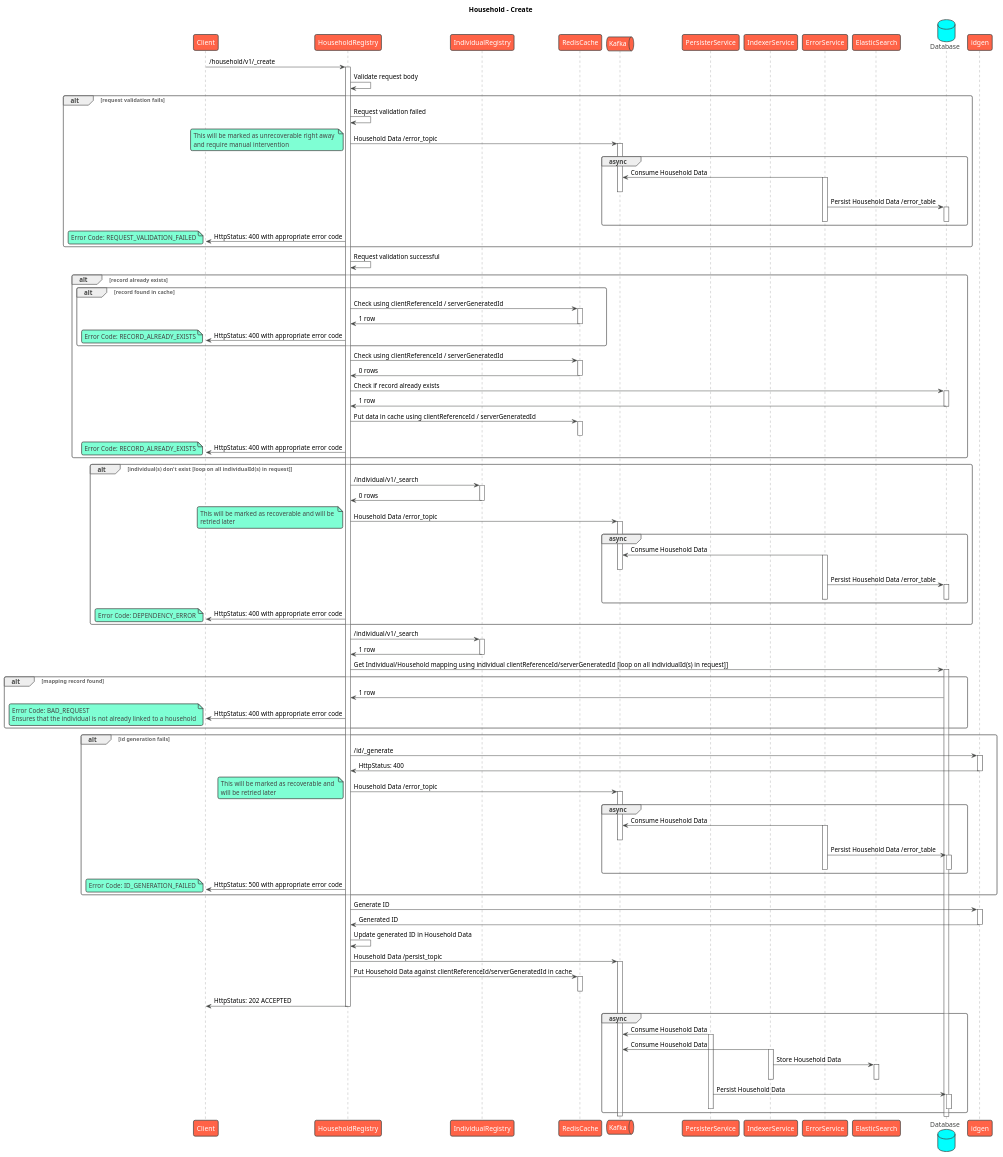
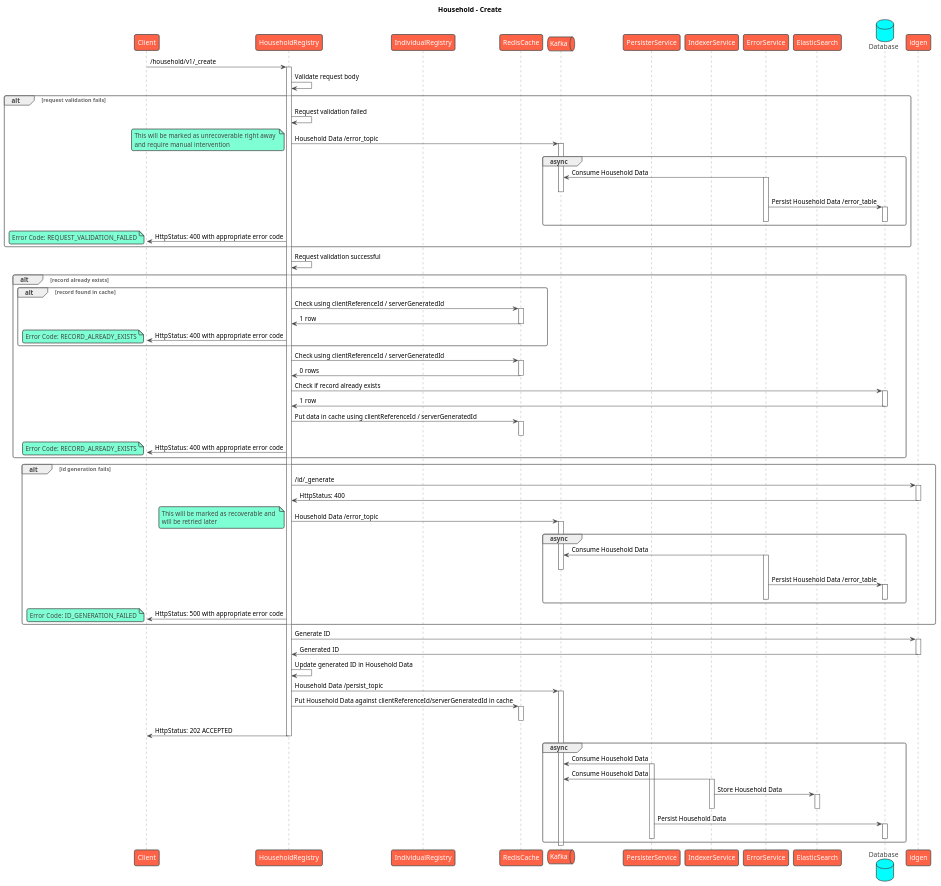
The diagram in contracts/registries/household/sequence/create.puml (egovernments/health-api-specs), drawn with PlantUML before and after one commit. The commit also changed 2 other files, not shown here.

Commit message:
Remove handling of members in /household calls. Use /household/member for this.

```diff
--- a/contracts/registries/household/sequence/create.puml
+++ b/contracts/registries/household/sequence/create.puml
@@ -1,158 +1,159 @@
 @startuml
 title Household - Create
 !theme vibrant
 participant Client as c
 participant HouseholdRegistry as s
 participant IndividualRegistry as s2
 participant RedisCache as rc
 queue Kafka as k
 participant PersisterService as prs
 participant IndexerService as idx
 participant ErrorService as es
 participant ElasticSearch as el
 database Database as db
 c -> s : /household/v1/_create
 activate s
 s -> s: Validate request body
 alt request validation fails
     s -> s: Request validation failed
     s -> k: Household Data /error_topic
     note left
         This will be marked as unrecoverable right away 
         and require manual intervention
     end note
     activate k
     group async
         es -> k: Consume Household Data
         activate es
         deactivate k
         es -> db: Persist Household Data /error_table
         activate db
         deactivate db
         deactivate es
     end
     s -> c: HttpStatus: 400 with appropriate error code
     note left
         Error Code: REQUEST_VALIDATION_FAILED
     end note
 end
 s -> s: Request validation successful
 alt record already exists
     alt record found in cache
       s -> rc: Check using clientReferenceId / serverGeneratedId
       activate rc
       rc -> s: 1 row
       deactivate rc
       s -> c: HttpStatus: 400 with appropriate error code
       note left
           Error Code: RECORD_ALREADY_EXISTS
       end note
     end
     s -> rc: Check using clientReferenceId / serverGeneratedId
     activate rc
     rc -> s: 0 rows
     deactivate rc
     s -> db: Check if record already exists
     activate db
     db -> s: 1 row
     deactivate db
     s -> rc: Put data in cache using clientReferenceId / serverGeneratedId
     activate rc
     deactivate rc
     s -> c: HttpStatus: 400 with appropriate error code
     note left
         Error Code: RECORD_ALREADY_EXISTS
     end note
 end
-alt individual(s) don't exist [loop on all individualId(s) in request]
-    s -> s2: /individual/v1/_search
-    activate s2
-    s2 -> s: 0 rows
-    deactivate s2
-    s -> k: Household Data /error_topic
-    note left
-        This will be marked as recoverable and will be 
-        retried later
-    end note
-    activate k
-    group async
-        es -> k: Consume Household Data
-        activate es
-        deactivate k
-        es -> db: Persist Household Data /error_table
-        activate db
-        deactivate db
-        deactivate es
-    end
-    s -> c: HttpStatus: 400 with appropriate error code
-    note left
-        Error Code: DEPENDENCY_ERROR
-    end note
-end
-s -> s2: /individual/v1/_search
-activate s2
-s2 -> s: 1 row
-deactivate s2
-s -> db: Get Individual/Household mapping using individual clientReferenceId/serverGeneratedId [loop on all individualId(s) in request]]
-activate db
-alt mapping record found
-  db -> s: 1 row
-  s -> c: HttpStatus: 400 with appropriate error code
-  note left
-      Error Code: BAD_REQUEST
-      Ensures that the individual is not already linked to a household
-  end note
-end
+'alt individual(s) don't exist [loop on all individualId(s) in request]
+'    s -> s2: /individual/v1/_search
+'    activate s2
+'    s2 -> s: 0 rows
+'    deactivate s2
+'    s -> k: Household Data /error_topic
+'    note left
+'        This will be marked as recoverable and will be
+'        retried later
+'    end note
+'    activate k
+'    group async
+'        es -> k: Consume Household Data
+'        activate es
+'        deactivate k
+'        es -> db: Persist Household Data /error_table
+'        activate db
+'        deactivate db
+'        deactivate es
+'    end
+'    s -> c: HttpStatus: 400 with appropriate error code
+'    note left
+'        Error Code: DEPENDENCY_ERROR
+'    end note
+'end
+'s -> s2: /individual/v1/_search
+'activate s2
+'s2 -> s: 1 row
+'deactivate s2
+'s -> db: Get Individual/Household mapping using individual clientReferenceId/serverGeneratedId [loop on all individualId(s) in request]]
+'activate db
+'alt mapping record found
+'  db -> s: 1 row
+'  deactivate db
+'  s -> c: HttpStatus: 400 with appropriate error code
+'  note left
+'      Error Code: BAD_REQUEST
+'      Ensures that the individual is not already linked to a household
+'  end note
+'end
 alt id generation fails
     s -> idgen: /id/_generate
     activate idgen
     idgen -> s: HttpStatus: 400
     deactivate idgen
     s -> k: Household Data /error_topic
     note left
         This will be marked as recoverable and 
         will be retried later
     end note
     activate k
     group async
         es -> k: Consume Household Data
         activate es
         deactivate k
         es -> db: Persist Household Data /error_table
         activate db
         deactivate db
         deactivate es
     end
     s -> c: HttpStatus: 500 with appropriate error code
     note left
       Error Code: ID_GENERATION_FAILED
     end note
 end
 s -> idgen: Generate ID
 activate idgen
 idgen -> s: Generated ID
 deactivate idgen
 s -> s: Update generated ID in Household Data
 s -> k: Household Data /persist_topic
 activate k
 s -> rc: Put Household Data against clientReferenceId/serverGeneratedId in cache
 activate rc
 deactivate rc
 s -> c: HttpStatus: 202 ACCEPTED
 deactivate s
 group async
     prs -> k: Consume Household Data
     activate prs
     idx -> k: Consume Household Data
     activate idx
     idx -> el: Store Household Data
     activate el
     deactivate el
     deactivate idx
     prs -> db: Persist Household Data
     activate db
     deactivate db
     deactivate prs
 end
 deactivate k
 @enduml
```
